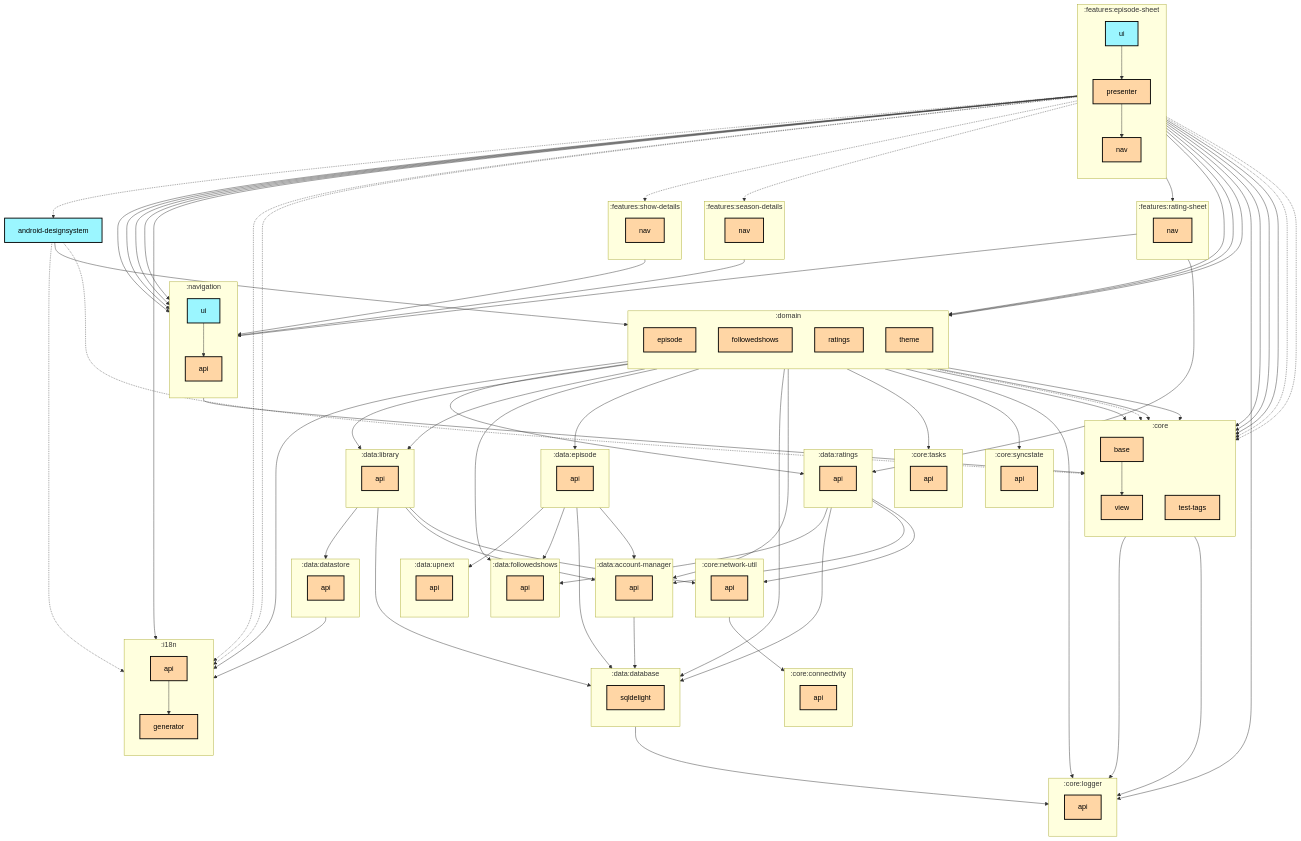
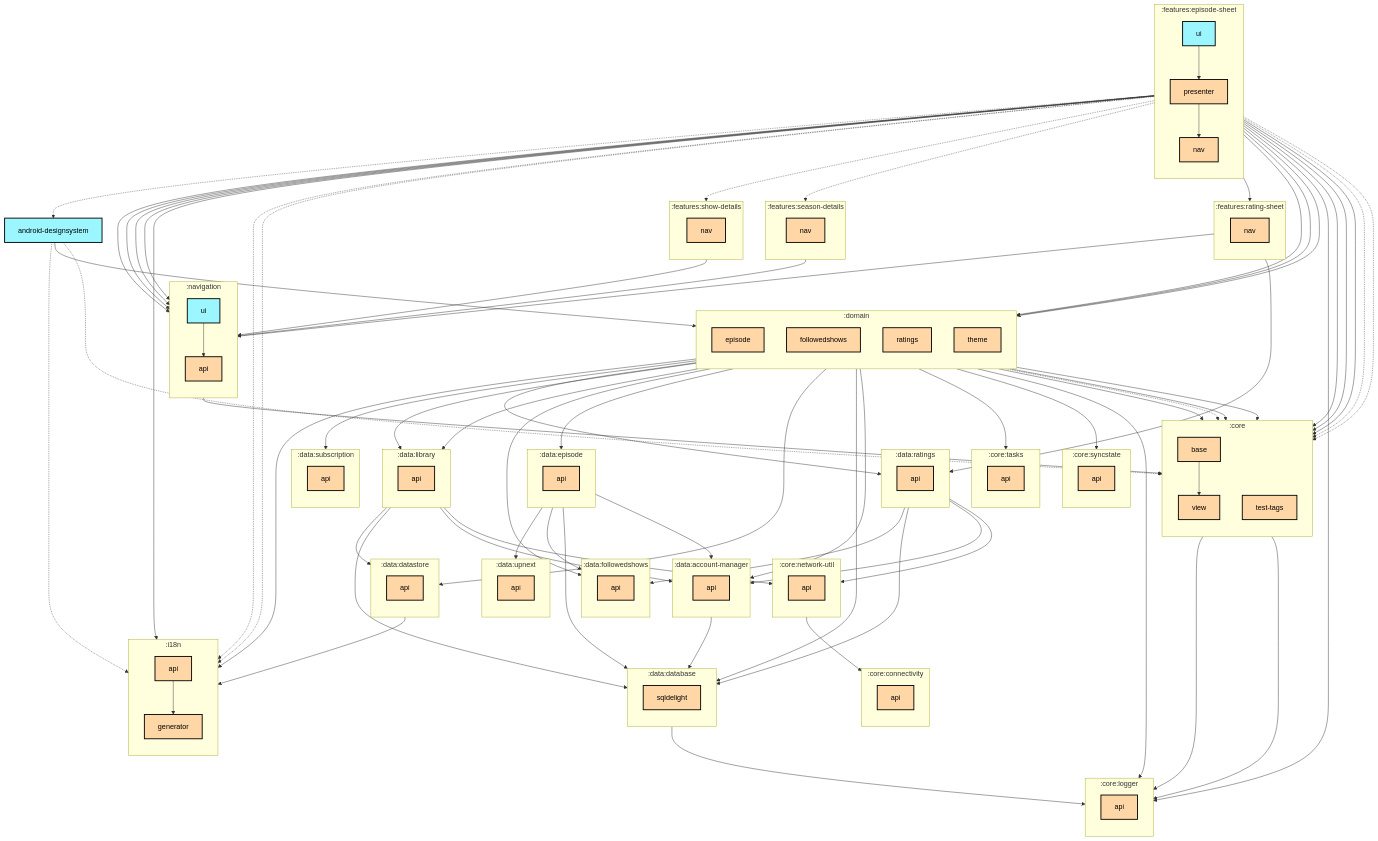
The first of 2 diagrams in features/episode-sheet/ui/README.md (thomaskioko/tv-maniac), drawn with Mermaid before and after one commit. The commit also changed 18 other files, not shown here.

Commit message:
Update dependency graph

```diff
--- a/features/episode-sheet/ui/README.md
+++ b/features/episode-sheet/ui/README.md
@@ -59,6 +59,10 @@
   subgraph :data:ratings
     direction TB
     :data:ratings:api[api]:::multiplatform
+  end
+  subgraph :data:subscription
+    direction TB
+    :data:subscription:api[api]:::multiplatform
   end
   subgraph :data:upnext
     direction TB
@@ -135,7 +139,9 @@
   :domain:followedshows --> :data:followedshows:api
   :domain:followedshows --> :data:library:api
   :domain:ratings --> :core:base
+  :domain:ratings --> :data:datastore:api
   :domain:ratings --> :data:ratings:api
+  :domain:ratings --> :data:subscription:api
   :domain:theme --> :i18n:generator
   :features:episode-sheet:nav --> :navigation:api
   :features:episode-sheet:presenter --> :core:base
```
